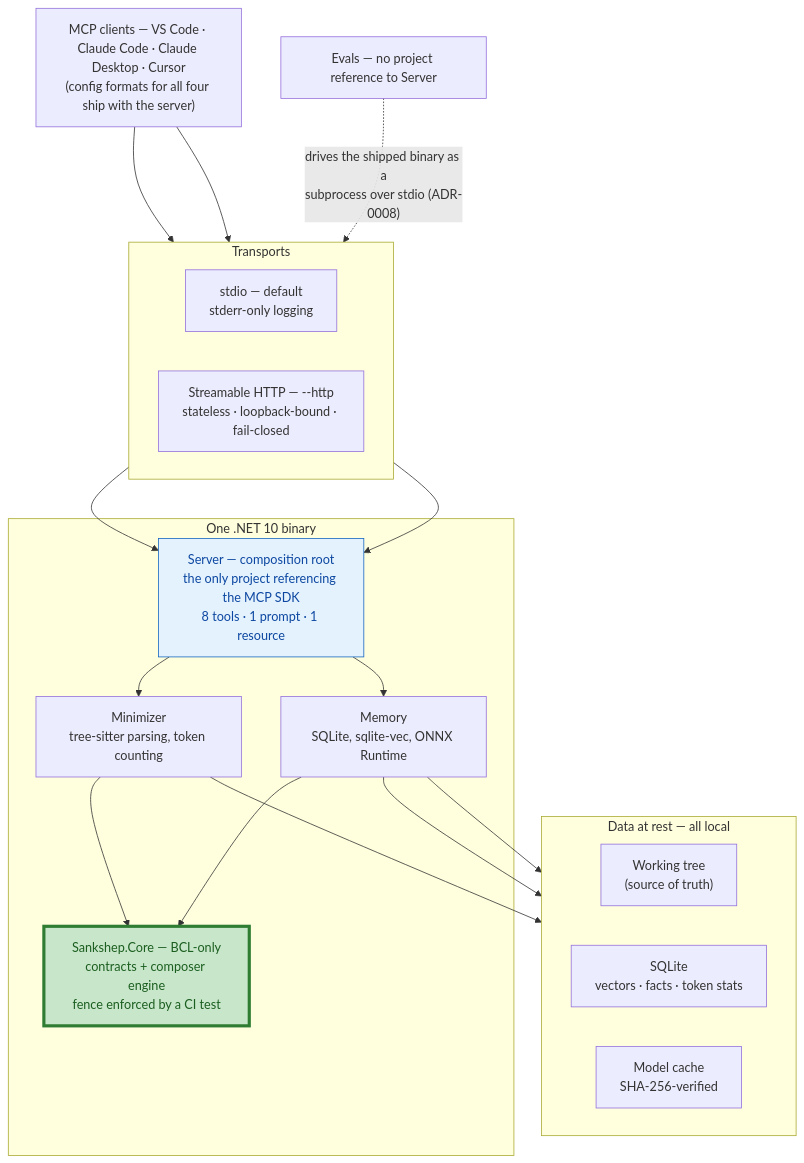
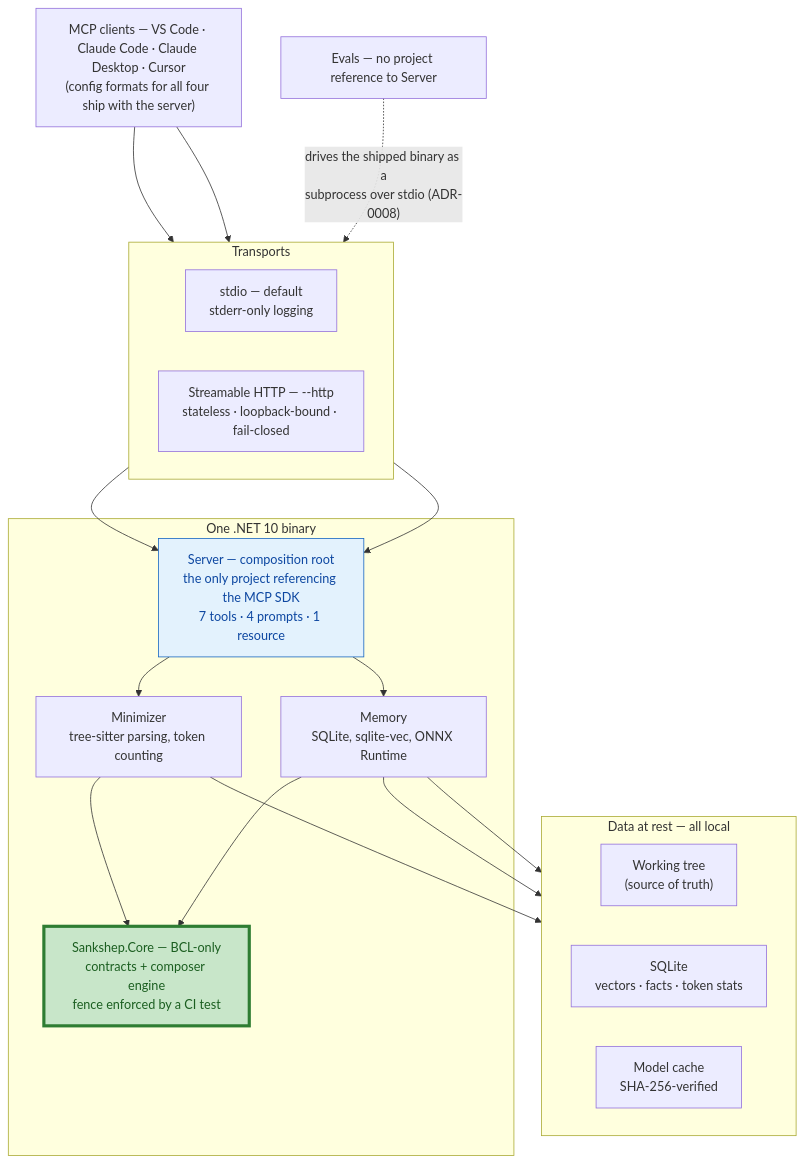
The first of 3 diagrams in docs/part5-capstone/architecture.md (nitinpawar28/AI-learn), drawn with Mermaid before and after one commit. The commit also changed other lines of this file and 29 other files, not shown here.

````diff
--- a/docs/part5-capstone/architecture.md
+++ b/docs/part5-capstone/architecture.md
@@ -23,39 +23,39 @@
 ```mermaid
 flowchart TB
     IDE["MCP clients — VS Code · Claude Code · Claude Desktop · Cursor<br/>(config formats for all four ship with the server)"]
     subgraph TRANS["Transports"]
         direction LR
         STDIO["stdio — default<br/>stderr-only logging"]
         HTTP["Streamable HTTP — --http<br/>stateless · loopback-bound · fail-closed"]
     end
     subgraph BIN["One .NET 10 binary"]
-        SRV["Server — composition root<br/>the only project referencing the MCP SDK<br/>8 tools · 1 prompt · 1 resource"]
+        SRV["Server — composition root<br/>the only project referencing the MCP SDK<br/>7 tools · 4 prompts · 1 resource"]
         MIN["Minimizer<br/>tree-sitter parsing, token counting"]
         MEM["Memory<br/>SQLite, sqlite-vec, ONNX Runtime"]
         CORE["Sankshep.Core — BCL-only<br/>contracts + composer engine<br/>fence enforced by a CI test"]
         SRV --> MIN
         SRV --> MEM
         MIN --> CORE
         MEM --> CORE
     end
     subgraph STORES["Data at rest — all local"]
         direction LR
         WT["Working tree<br/>(source of truth)"]
         DB["SQLite<br/>vectors · facts · token stats"]
         MC["Model cache<br/>SHA-256-verified"]
     end
     EV["Evals — no project reference to Server"]
     IDE --> STDIO
     IDE --> HTTP
     STDIO --> SRV
     HTTP --> SRV
     MIN --> WT
     MEM --> DB
     MEM --> MC
     EV -. "drives the shipped binary as a<br/>subprocess over stdio (ADR-0008)" .-> STDIO
 
     classDef fence fill:#c8e6c9,stroke:#2e7d32,stroke-width:4px,color:#1b5e20;
     classDef edge fill:#e3f2fd,stroke:#1565c0,color:#0d47a1;
     class CORE fence;
     class SRV edge;
 ```
````
